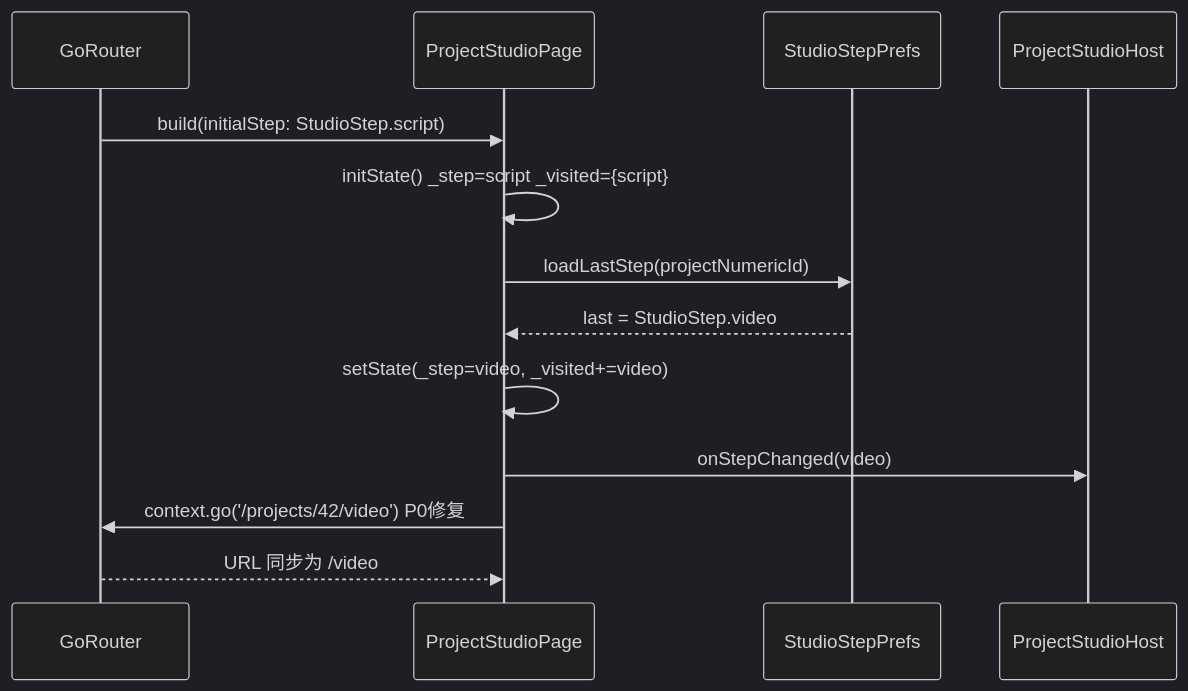
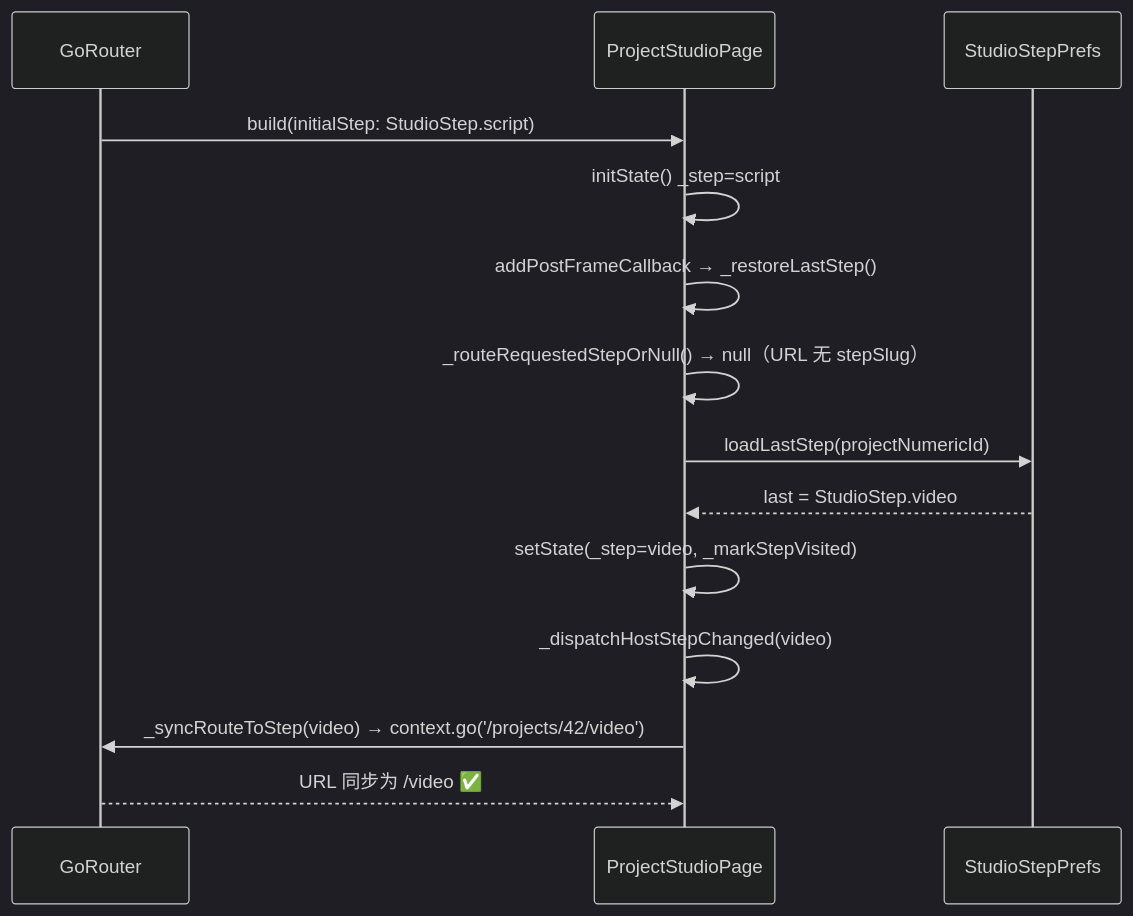
One commit to hebingbing123/Toonflow-app changed the third of 5 diagrams in .kiro/specs/studio-script-step-redesign/design.md. Above: the diagram before and after it, drawn with Mermaid (dark theme). The commit also changed other lines of this file and 44 other files, not shown here.

````diff
--- a/.kiro/specs/studio-script-step-redesign/design.md
+++ b/.kiro/specs/studio-script-step-redesign/design.md
@@ -220,16 +173,17 @@
 ```mermaid
 sequenceDiagram
     participant Router as GoRouter
     participant Page as ProjectStudioPage
     participant Prefs as StudioStepPrefs
-    participant Host as ProjectStudioHost
 
     Router->>Page: build(initialStep: StudioStep.script)
-    Page->>Page: initState() _step=script _visited={script}
+    Page->>Page: initState() _step=script
+    Page->>Page: addPostFrameCallback → _restoreLastStep()
+    Page->>Page: _routeRequestedStepOrNull() → null（URL 无 stepSlug）
     Page->>Prefs: loadLastStep(projectNumericId)
     Prefs-->>Page: last = StudioStep.video
-    Page->>Page: setState(_step=video, _visited+=video)
-    Page->>Host: onStepChanged(video)
-    Page->>Router: context.go('/projects/42/video') P0修复
-    Router-->>Page: URL 同步为 /video
+    Page->>Page: setState(_step=video, _markStepVisited)
+    Page->>Page: _dispatchHostStepChanged(video)
+    Page->>Router: _syncRouteToStep(video) → context.go('/projects/42/video')
+    Router-->>Page: URL 同步为 /video ✅
 ```
````
